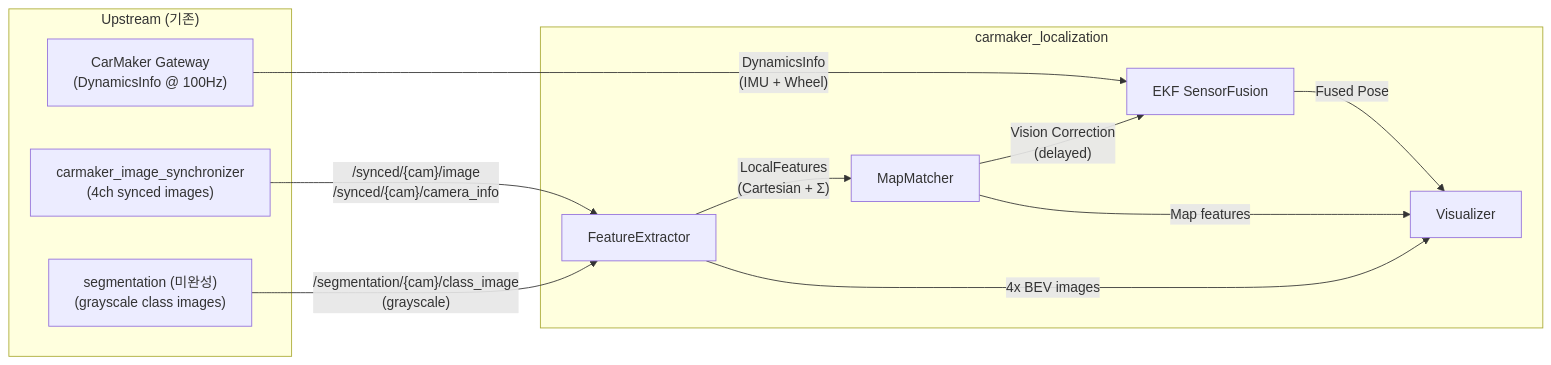
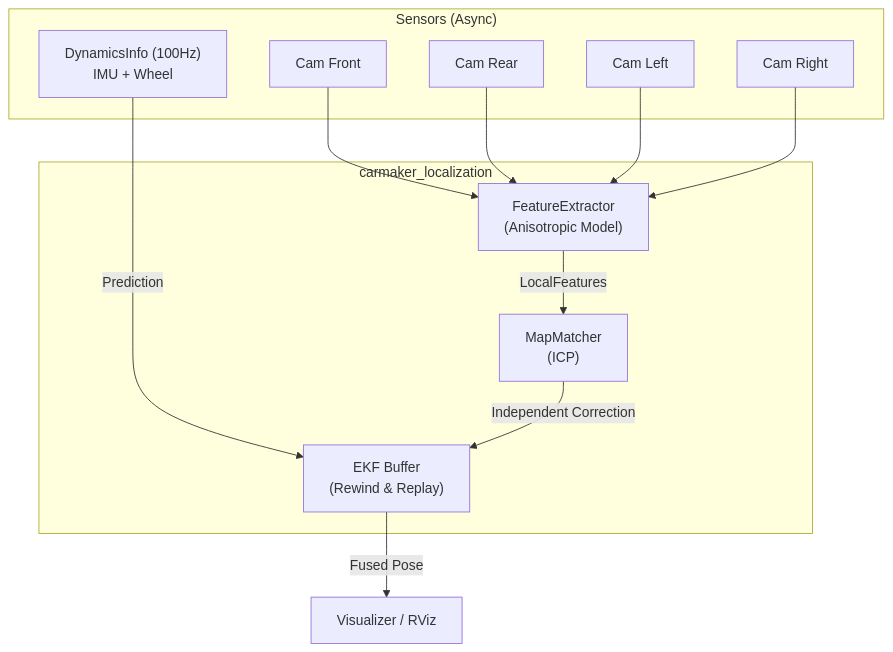
The diagram in src/carmaker_localization/docs/Design.md (2025-AILAB-WINTER-INTERNSHIP/carmaker), drawn with Mermaid before and after one commit. The commit also changed other lines of this file and 17 other files, not shown here.

````diff
--- a/src/carmaker_localization/docs/Design.md
+++ b/src/carmaker_localization/docs/Design.md
@@ -14,24 +21,22 @@
 ```mermaid
-graph LR
-    subgraph "Upstream (기존)"
-        GW["CarMaker Gateway<br/>(DynamicsInfo @ 100Hz)"]
-        SYNC["carmaker_image_synchronizer<br/>(4ch synced images)"]
-        SEG["segmentation (미완성)<br/>(grayscale class images)"]
+graph TD
+    subgraph "Sensors (Async)"
+        IMU["DynamicsInfo (100Hz)<br/>IMU + Wheel"]
+        C1["Cam Front"]
+        C2["Cam Rear"]
+        C3["Cam Left"]
+        C4["Cam Right"]
     end
 
     subgraph "carmaker_localization"
-        FE["FeatureExtractor"]
-        EKF["EKF SensorFusion"]
-        MM["MapMatcher"]
-        VIZ["Visualizer"]
+        EB["EKF Buffer<br/>(Rewind & Replay)"]
+        FE["FeatureExtractor<br/>(Anisotropic Model)"]
+        MM["MapMatcher<br/>(ICP)"]
     end
 
-    GW -->|"DynamicsInfo<br/>(IMU + Wheel)"| EKF
-    SYNC -->|"/synced/{cam}/image<br/>/synced/{cam}/camera_info"| FE
-    SEG -->|"/segmentation/{cam}/class_image<br/>(grayscale)"| FE
-    FE -->|"LocalFeatures<br/>(Cartesian + Σ)"| MM
-    MM -->|"Vision Correction<br/>(delayed)"| EKF
-    EKF -->|"Fused Pose"| VIZ
-    FE -->|"4x BEV images"| VIZ
-    MM -->|"Map features"| VIZ
+    IMU -->|Prediction| EB
+    C1 & C2 & C3 & C4 --> FE
+    FE -->|LocalFeatures| MM
+    MM -->|Independent Correction| EB
+    EB -->|Fused Pose| VIZ["Visualizer / RViz"]
 ```
````
